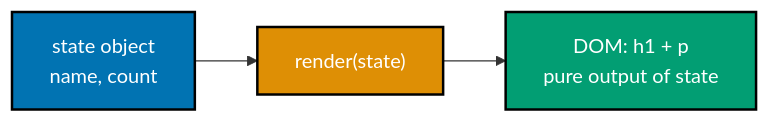
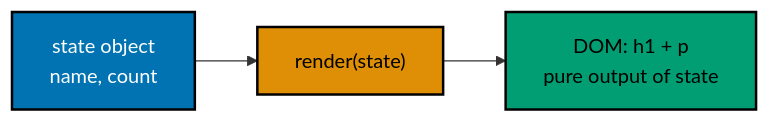
Before and after one commit to wahidyankf/ose-public: diagram 11 of 14 in apps/ayokoding-www/content/en/learn/courses/frontend-essentials/learning/intermediate.md, drawn with Mermaid. The commit also changed other lines of this file and 144 other files, not shown here.

First line of the commit message:
fix(mermaid): bring the first half of the courses diagrams onto the accessible palette

````diff
--- a/apps/ayokoding-www/content/en/learn/courses/frontend-essentials/learning/intermediate.md
+++ b/apps/ayokoding-www/content/en/learn/courses/frontend-essentials/learning/intermediate.md
@@ -1114,9 +1141,12 @@
 ```mermaid
 %% Color Palette: Blue #0173B2, Orange #DE8F05, Teal #029E73
 flowchart LR
+    accTitle: Example 43: Render From State
+    accDescr: Flowchart with 3 nodes and 2 connections. Nodes: state object name, count, render40state41, DOM: h1 + p pure output of state. Connections: state object name, count to render40state41, render40state41 to DOM: h1 + p pure output of state.
     A["state object<br/>name, count"]:::blue --> B["render#40;state#41;"]:::orange --> C["DOM: h1 + p<br/>pure output of state"]:::teal
 
     classDef blue fill:#0173B2,stroke:#000000,color:#FFFFFF,stroke-width:2px
-    classDef orange fill:#DE8F05,stroke:#000000,color:#FFFFFF,stroke-width:2px
-    classDef teal fill:#029E73,stroke:#000000,color:#FFFFFF,stroke-width:2px
+    classDef orange fill:#DE8F05,stroke:#000000,color:#000000,stroke-width:2px
+    classDef teal fill:#029E73,stroke:#000000,color:#000000,stroke-width:2px
+    classDef default fill:#FFFFFF,stroke:#000000,color:#000000
 ```
````
